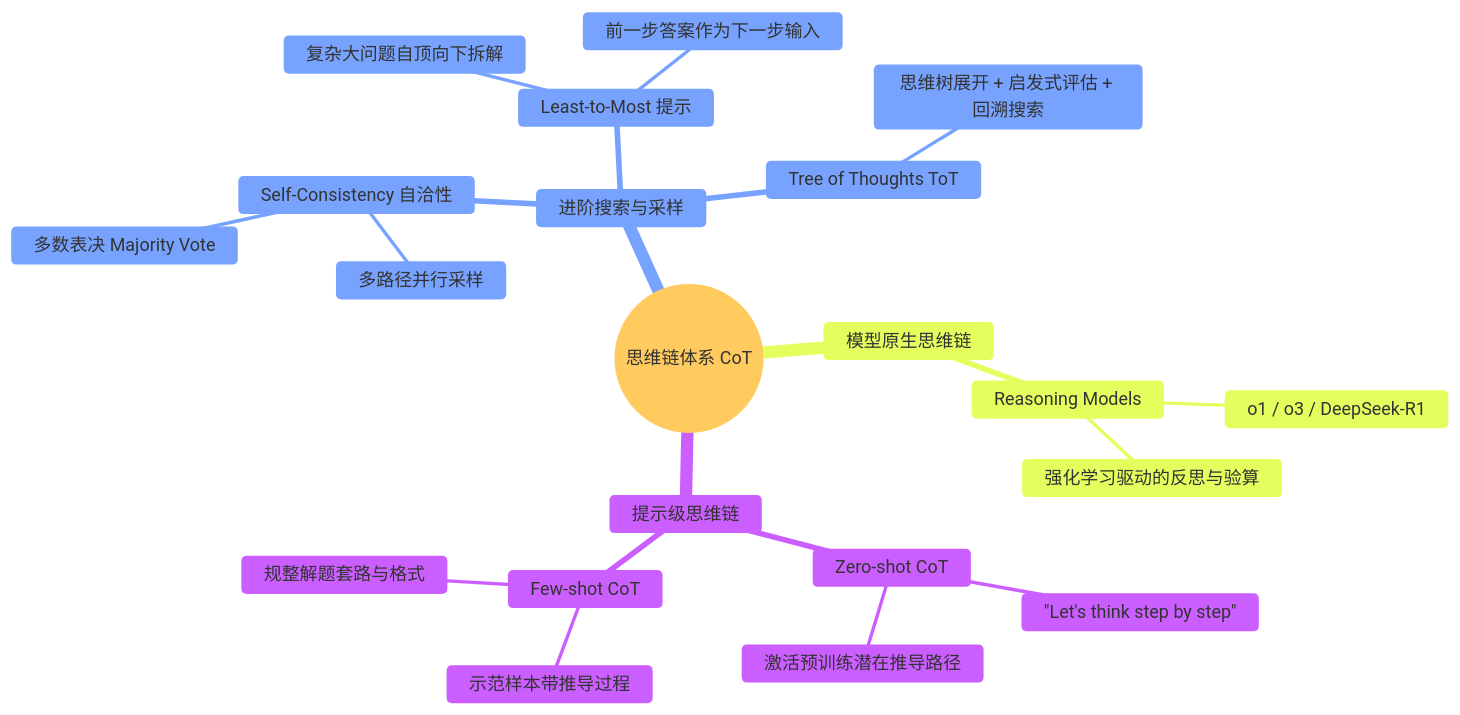
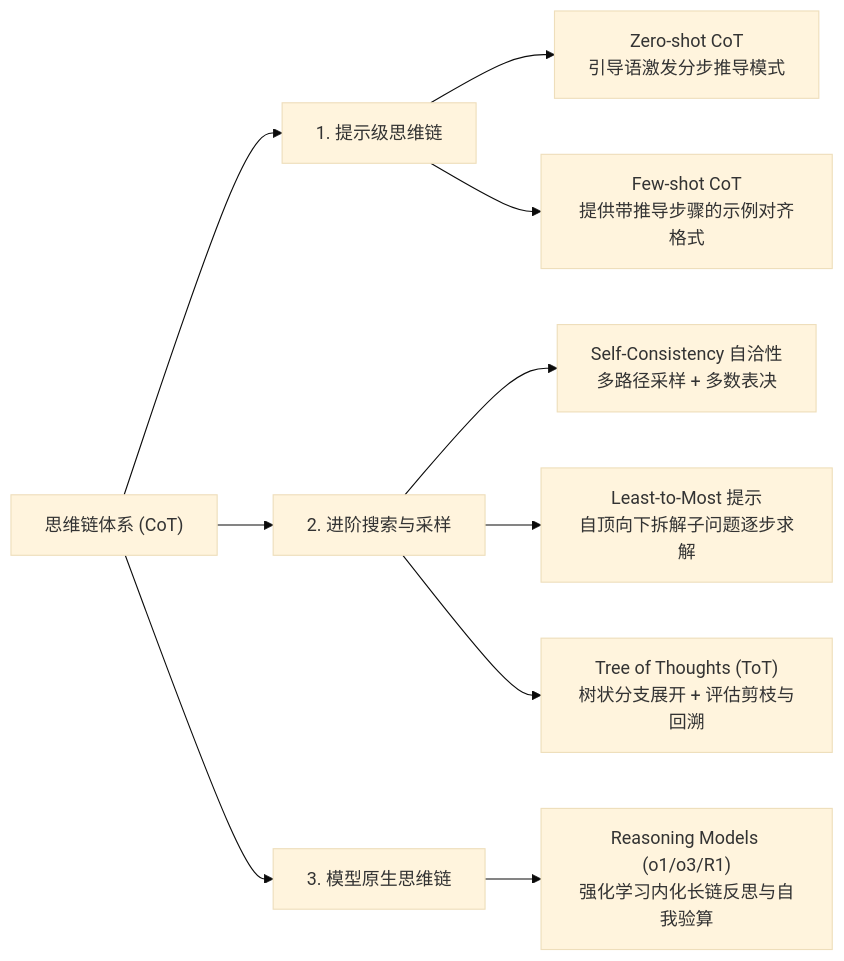
The second of 4 diagrams in 10-AI应用开发/01-LLM基础与Prompt/10-CoT思维链.md (GuoWWWX/knowledge-base), drawn with Mermaid (base theme) before and after one commit. The commit also changed other lines of this file and 251 other files, not shown here.

````diff
--- a/10-AI应用开发/01-LLM基础与Prompt/10-CoT思维链.md
+++ b/10-AI应用开发/01-LLM基础与Prompt/10-CoT思维链.md
@@ -73,24 +65,15 @@
 ```mermaid
-mindmap
-  root((思维链体系 CoT))
-    提示级思维链
-      Zero-shot CoT
-        "Let's think step by step"
-        激活预训练潜在推导路径
-      Few-shot CoT
-        示范样本带推导过程
-        规整解题套路与格式
-    进阶搜索与采样
-      Self-Consistency 自洽性
-        多路径并行采样
-        多数表决 Majority Vote
-      Least-to-Most 提示
-        复杂大问题自顶向下拆解
-        前一步答案作为下一步输入
-      Tree of Thoughts ToT
-        思维树展开 + 启发式评估 + 回溯搜索
-    模型原生思维链
-      Reasoning Models
-        o1 / o3 / DeepSeek-R1
-        强化学习驱动的反思与验算
+flowchart LR
+    Root["思维链体系 (CoT)"] --> P["1. 提示级思维链"]
+    Root --> S["2. 进阶搜索与采样"]
+    Root --> R["3. 模型原生思维链"]
+
+    P --> P1["Zero-shot CoT<br/>引导语激发分步推导模式"]
+    P --> P2["Few-shot CoT<br/>提供带推导步骤的示例对齐格式"]
+
+    S --> S1["Self-Consistency 自洽性<br/>多路径采样 + 多数表决"]
+    S --> S2["Least-to-Most 提示<br/>自顶向下拆解子问题逐步求解"]
+    S --> S3["Tree of Thoughts (ToT)<br/>树状分支展开 + 评估剪枝与回溯"]
+
+    R --> R1["Reasoning Models (o1/o3/R1)<br/>强化学习内化长链反思与自我验算"]
 ```
````
